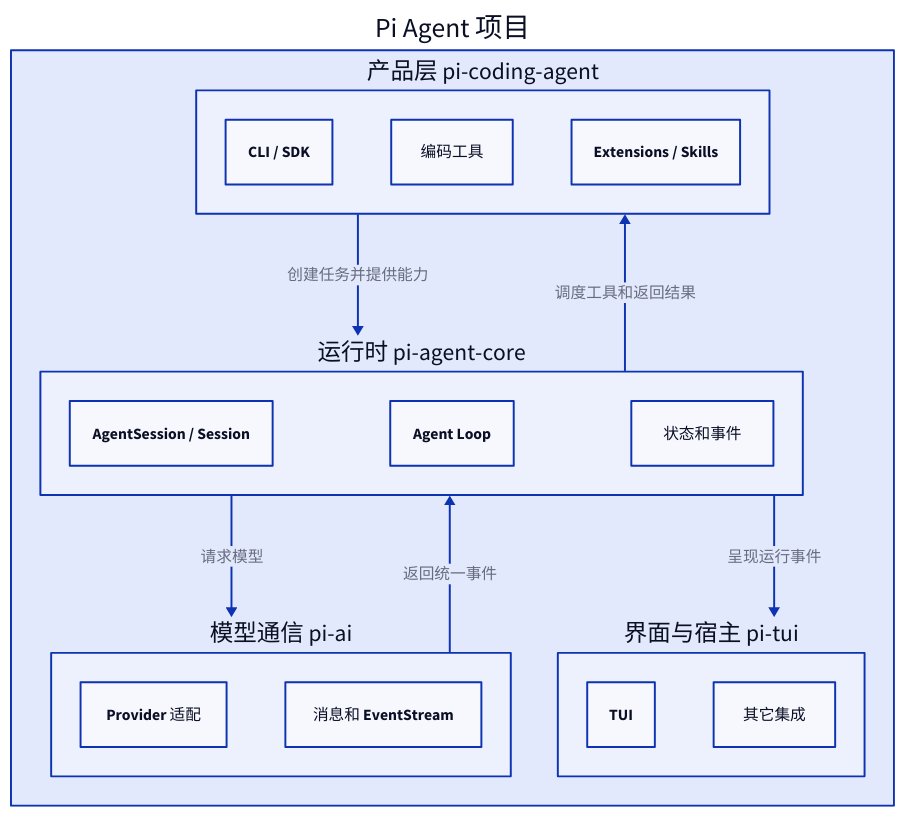
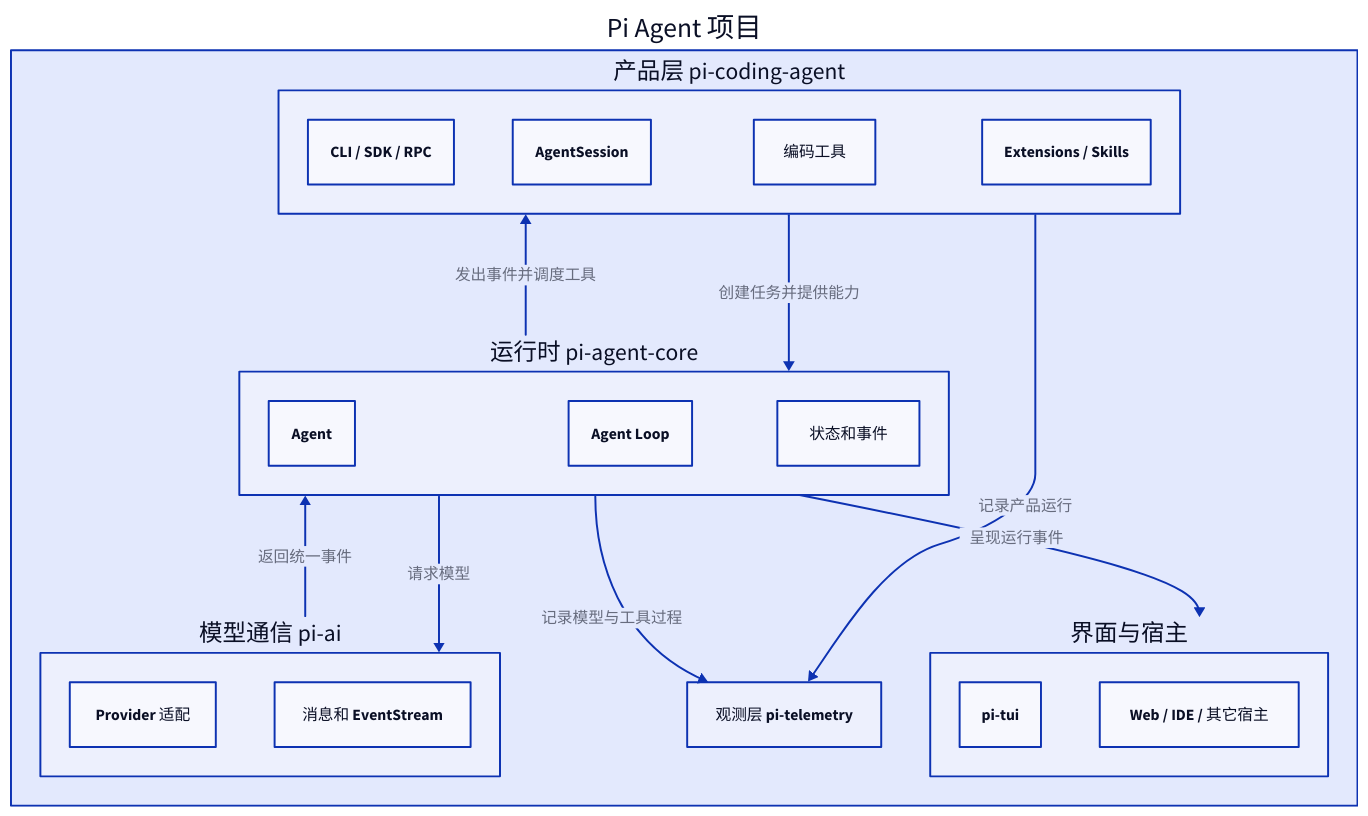
One commit to youngluo/thinking changed the diagram in apps/docs/ai/Pi Agent/Pi Agent 是什么.md. Above: the diagram before and after it, drawn with D2. The commit also changed other lines of this file and 15 other files, not shown here.

````diff
--- a/apps/docs/ai/Pi Agent/Pi Agent 是什么.md
+++ b/apps/docs/ai/Pi Agent/Pi Agent 是什么.md
@@ -51,39 +42,50 @@
 ```d2 fold
+vars: {
+  d2-config: {
+    layout-engine: elk
+  }
+}
+
 direction: down
 
 project: "Pi Agent 项目" {
   class: group
 
   product: "产品层 pi-coding-agent" {
     class: subgroup
-    cli: "CLI / SDK"
+    cli: "CLI / SDK / RPC"
+    session: AgentSession
     tools: 编码工具
     resources: "Extensions / Skills"
   }
 
   runtime: "运行时 pi-agent-core" {
     class: subgroup
-    session: "AgentSession / Session"
+    agent: Agent
     loop: "Agent Loop"
     state: 状态和事件
   }
 
   model: "模型通信 pi-ai" {
     class: subgroup
     providers: "Provider 适配"
     protocol: "消息和 EventStream"
   }
 
-  surface: "界面与宿主 pi-tui" {
+  surface: "界面与宿主" {
     class: subgroup
-    tui: TUI
-    integration: "其它集成"
+    tui: pi-tui
+    integration: "Web / IDE / 其它宿主"
   }
+
+  telemetry: "观测层 pi-telemetry"
 }
 
 project.product -> project.runtime: 创建任务并提供能力
 project.runtime -> project.model: 请求模型
 project.model -> project.runtime: 返回统一事件
-project.runtime -> project.product: 调度工具和返回结果
+project.runtime -> project.product: 发出事件并调度工具
 project.runtime -> project.surface: 呈现运行事件
+project.product -> project.telemetry: 记录产品运行
+project.runtime -> project.telemetry: 记录模型与工具过程
 ```
````
